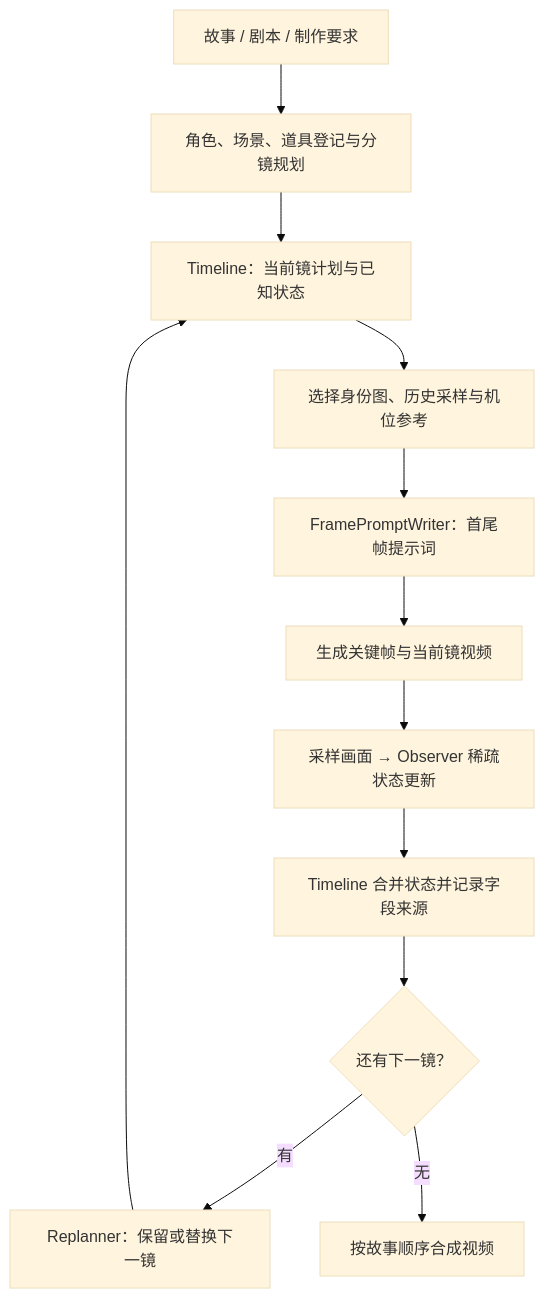
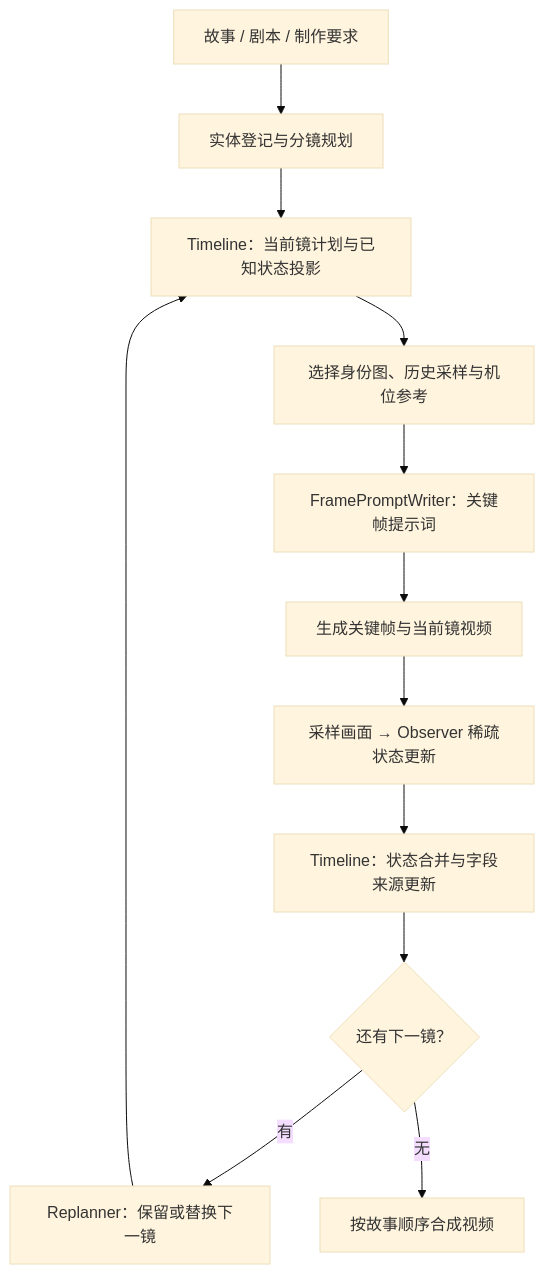
One commit to Shadow-Weave/HMS-World changed the first of 2 diagrams in README.md. Above: the diagram before and after it, drawn with Mermaid (base theme). The commit also changed other lines of this file and 1 other file, not shown here.

````diff
--- a/README.md
+++ b/README.md
@@ -33,14 +31,14 @@
 ```mermaid
 flowchart TD
-    A[故事 / 剧本 / 制作要求] --> B[角色、场景、道具登记与分镜规划]
-    B --> C[Timeline：当前镜计划与已知状态]
+    A[故事 / 剧本 / 制作要求] --> B[实体登记与分镜规划]
+    B --> C[Timeline：当前镜计划与已知状态投影]
     C --> D[选择身份图、历史采样与机位参考]
-    D --> E[FramePromptWriter：首尾帧提示词]
+    D --> E[FramePromptWriter：关键帧提示词]
     E --> F[生成关键帧与当前镜视频]
     F --> G[采样画面 → Observer 稀疏状态更新]
-    G --> H[Timeline 合并状态并记录字段来源]
+    G --> H[Timeline：状态合并与字段来源更新]
     H --> I{还有下一镜？}
     I -->|有| J[Replanner：保留或替换下一镜]
     J --> C
     I -->|无| K[按故事顺序合成视频]
 ```
````
